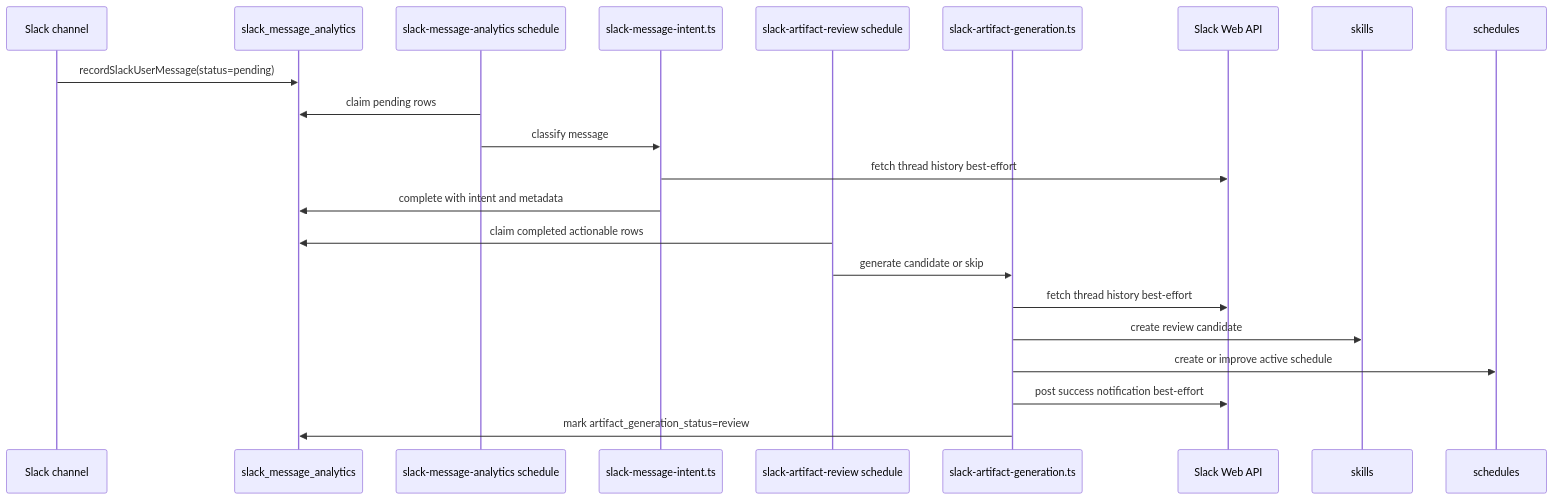
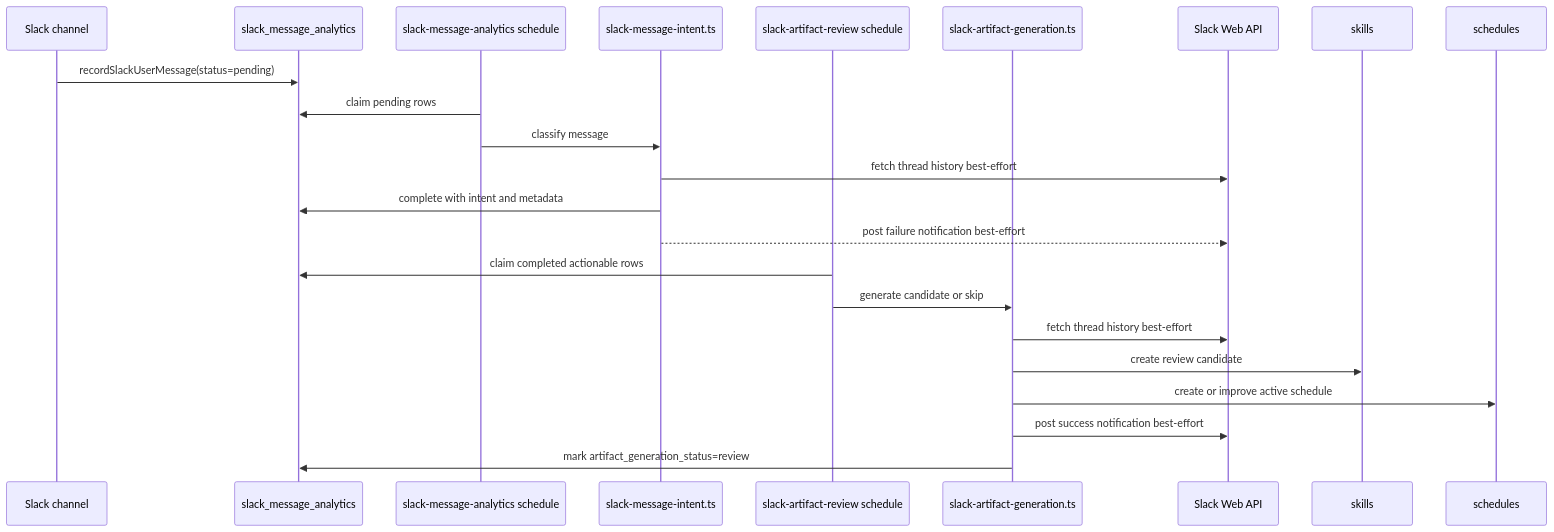
Before and after one commit to GorobVictor/slack-ai-agent-eve: the third of 3 diagrams in AGENTS.md, drawn with Mermaid. The commit also changed other lines of this file and 2 other files, not shown here.

First line of the commit message:
ref: document analysis failure notifications

````diff
--- a/AGENTS.md
+++ b/AGENTS.md
@@ -325,25 +326,26 @@
 ```mermaid
 sequenceDiagram
   participant Slack as Slack channel
   participant DB as slack_message_analytics
   participant AnalysisSchedule as slack-message-analytics schedule
   participant Intent as slack-message-intent.ts
   participant ArtifactSchedule as slack-artifact-review schedule
   participant Generator as slack-artifact-generation.ts
   participant SlackAPI as Slack Web API
   participant Skills as skills
   participant Schedules as schedules
 
   Slack->>DB: recordSlackUserMessage(status=pending)
   AnalysisSchedule->>DB: claim pending rows
   AnalysisSchedule->>Intent: classify message
   Intent->>SlackAPI: fetch thread history best-effort
   Intent->>DB: complete with intent and metadata
+  Intent-->>SlackAPI: post failure notification best-effort
   ArtifactSchedule->>DB: claim completed actionable rows
   ArtifactSchedule->>Generator: generate candidate or skip
   Generator->>SlackAPI: fetch thread history best-effort
   Generator->>Skills: create review candidate
   Generator->>Schedules: create or improve active schedule
   Generator->>SlackAPI: post success notification best-effort
   Generator->>DB: mark artifact_generation_status=review
 ```
````
